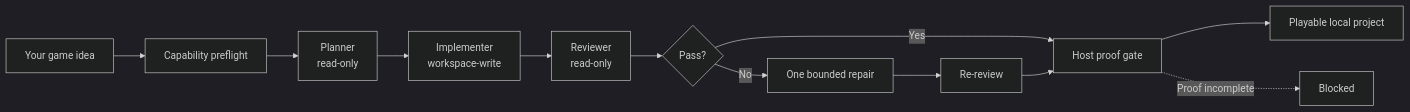
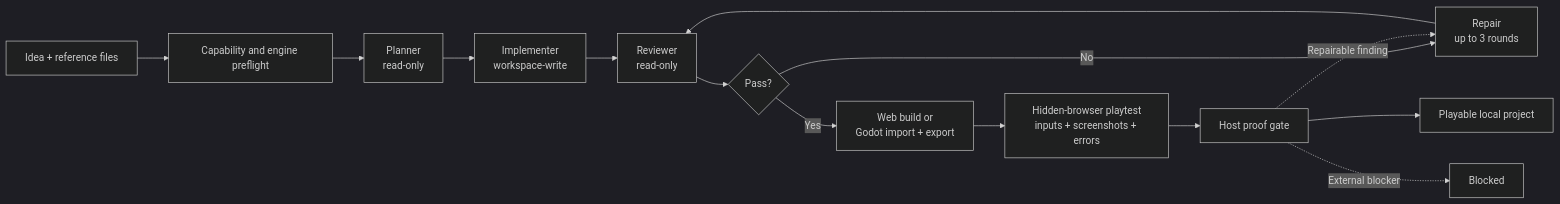
One commit to Innate-Labs/Noobi.ai changed the first of 2 diagrams in README.md. Above: the diagram before and after it, drawn with Mermaid (dark theme). The commit also changed other lines of this file and 296 other files, not shown here.

````diff
--- a/README.md
+++ b/README.md
@@ -69,14 +71,16 @@
 ```mermaid
 flowchart LR
-    Idea["Your game idea"] --> Preflight["Capability preflight"]
+    Idea["Idea + reference files"] --> Preflight["Capability and engine preflight"]
     Preflight --> Plan["Planner<br/>read-only"]
     Plan --> Build["Implementer<br/>workspace-write"]
     Build --> Review["Reviewer<br/>read-only"]
     Review --> Pass{"Pass?"}
-    Pass -- "No" --> Repair["One bounded repair"]
-    Repair --> ReReview["Re-review"]
-    Pass -- "Yes" --> Gate["Host proof gate"]
-    ReReview --> Gate
+    Pass -- "No" --> Repair["Repair<br/>up to 3 rounds"]
+    Repair --> Review
+    Pass -- "Yes" --> EngineBuild["Web build or<br/>Godot import + export"]
+    EngineBuild --> Playtest["Hidden-browser playtest<br/>inputs + screenshots + errors"]
+    Playtest --> Gate["Host proof gate"]
+    Gate -. "Repairable finding" .-> Repair
     Gate --> Done["Playable local project"]
-    Gate -. "Proof incomplete" .-> Blocked["Blocked"]
+    Gate -. "External blocker" .-> Blocked["Blocked"]
 ```
````
